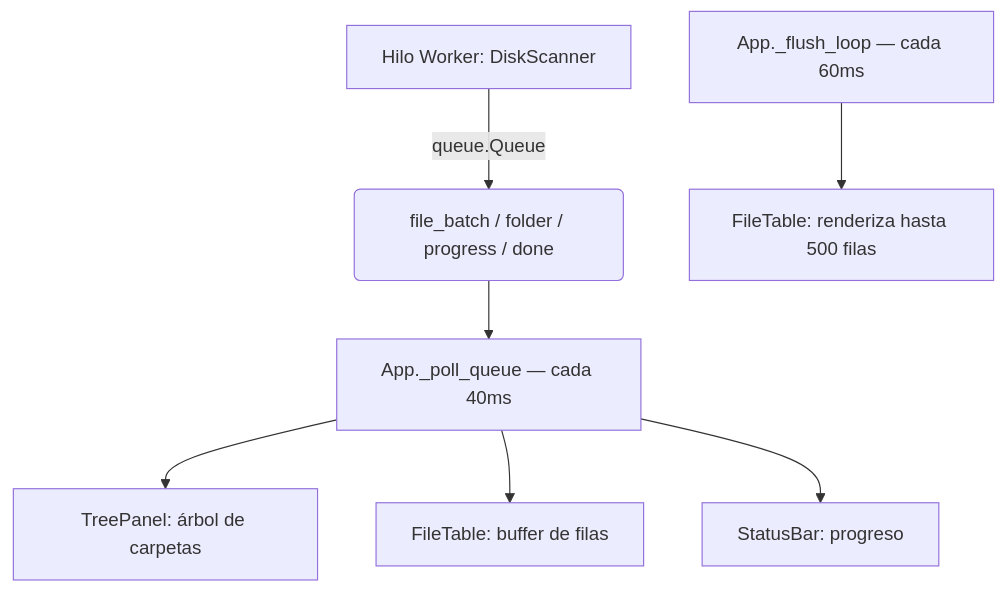
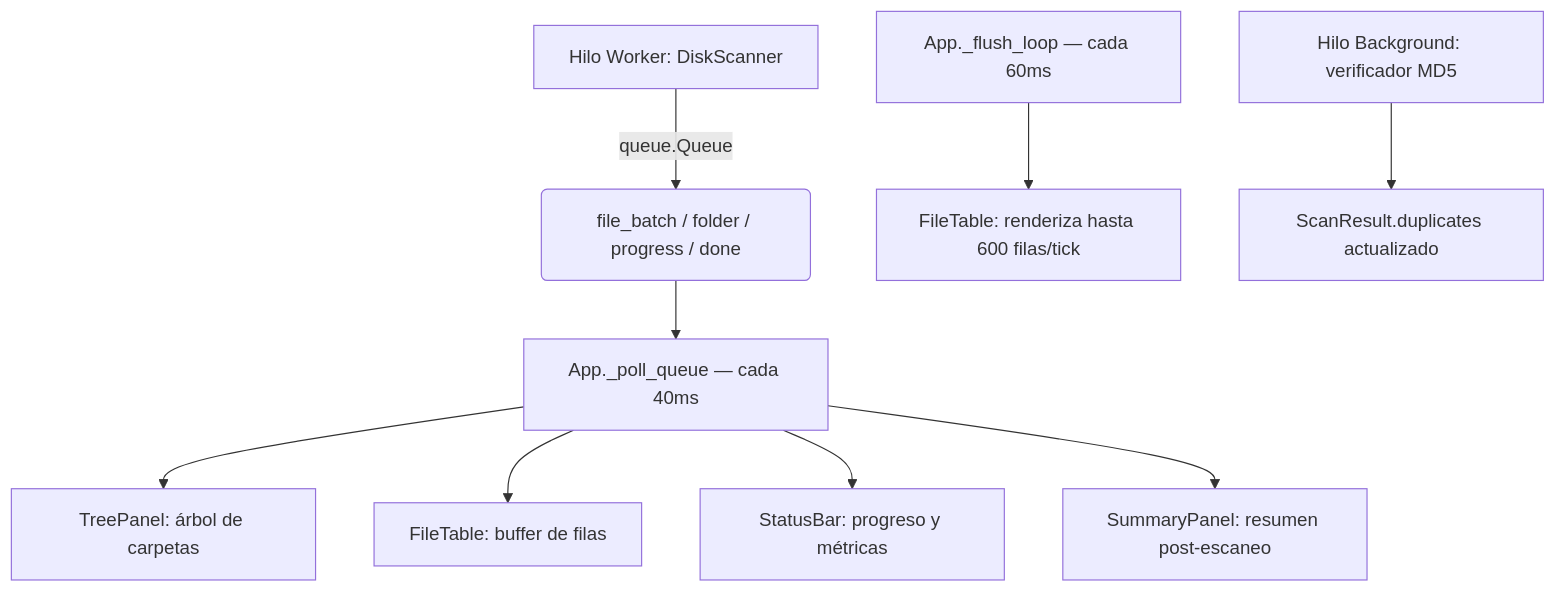
The second of 2 diagrams in README.md (Lizzen/disk_analyzer), drawn with Mermaid before and after one commit. The commit also changed other lines of this file and 21 other files, not shown here.

````diff
--- a/README.md
+++ b/README.md
@@ -318,9 +380,11 @@
 ```mermaid
 graph TD
     A[Hilo Worker: DiskScanner] -->|queue.Queue| B(file_batch / folder / progress / done)
     B --> C[App._poll_queue — cada 40ms]
     C --> D[TreePanel: árbol de carpetas]
     C --> E[FileTable: buffer de filas]
-    C --> F[StatusBar: progreso]
-    G[App._flush_loop — cada 60ms] --> H[FileTable: renderiza hasta 500 filas]
+    C --> F[StatusBar: progreso y métricas]
+    C --> G[SummaryPanel: resumen post-escaneo]
+    H[App._flush_loop — cada 60ms] --> I[FileTable: renderiza hasta 600 filas/tick]
+    J[Hilo Background: verificador MD5] --> K[ScanResult.duplicates actualizado]
 ```
````
